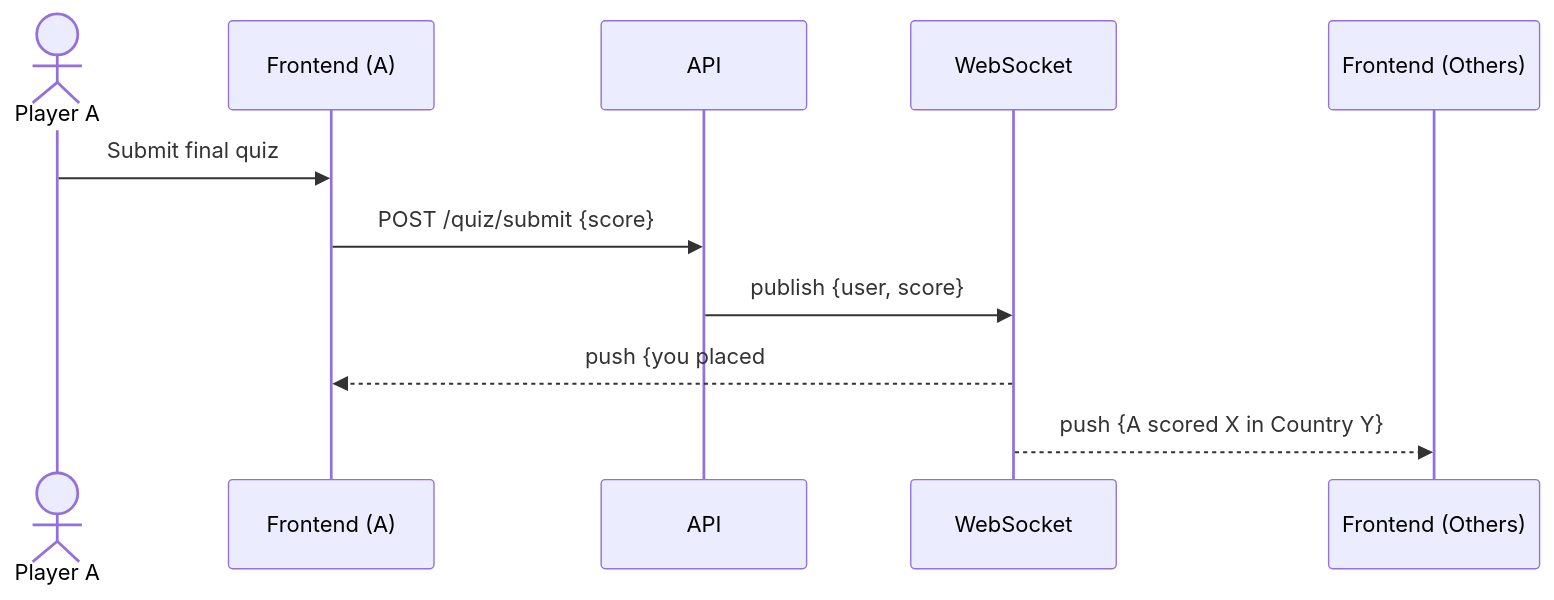
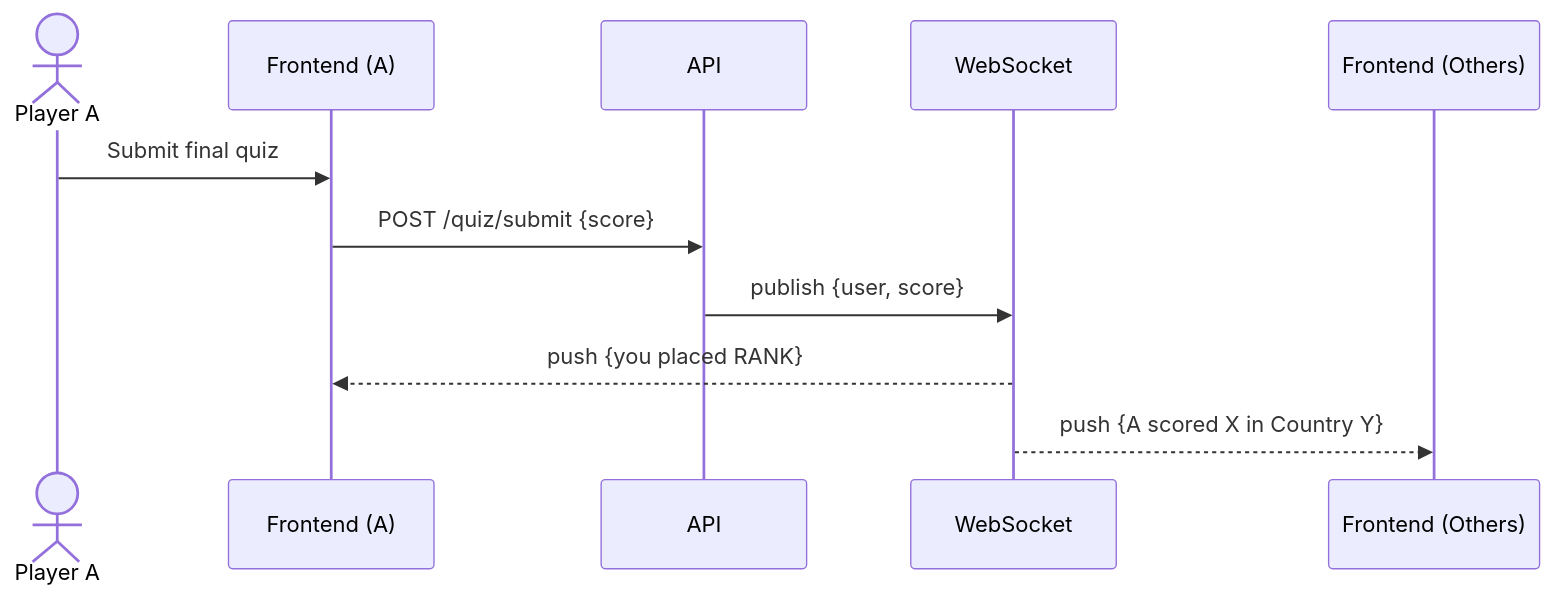
One commit to zainasahili/startup changed the diagram in README.md. Above: the diagram before and after it, drawn with Mermaid. The commit also changed other lines of this file, not shown here.

````diff
--- a/README.md
+++ b/README.md
@@ -15,14 +15,14 @@
 ```mermaid
 sequenceDiagram
   actor U as Player A
   participant F as Frontend (A)
   participant S as API
   participant WS as WebSocket
   participant F2 as Frontend (Others)
 
   U->>F: Submit final quiz
   F->>S: POST /quiz/submit {score}
   S->>WS: publish {user, score}
-  WS-->>F: push {you placed #N}
+  WS-->>F: push {you placed RANK}
   WS-->>F2: push {A scored X in Country Y}
 ```
````
